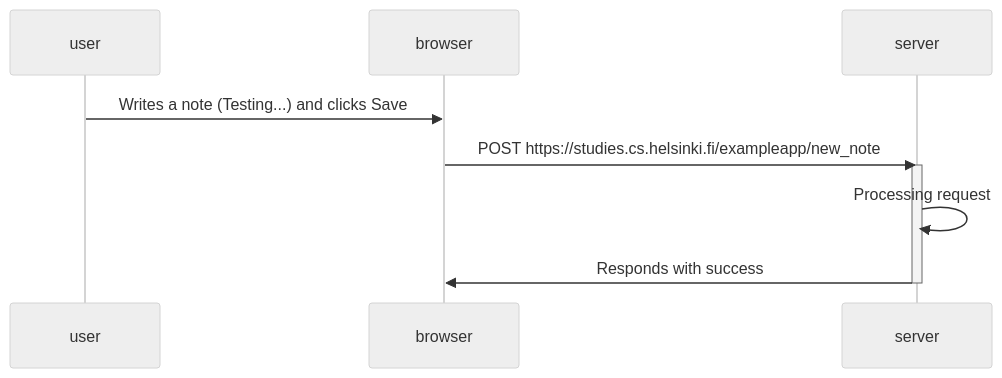
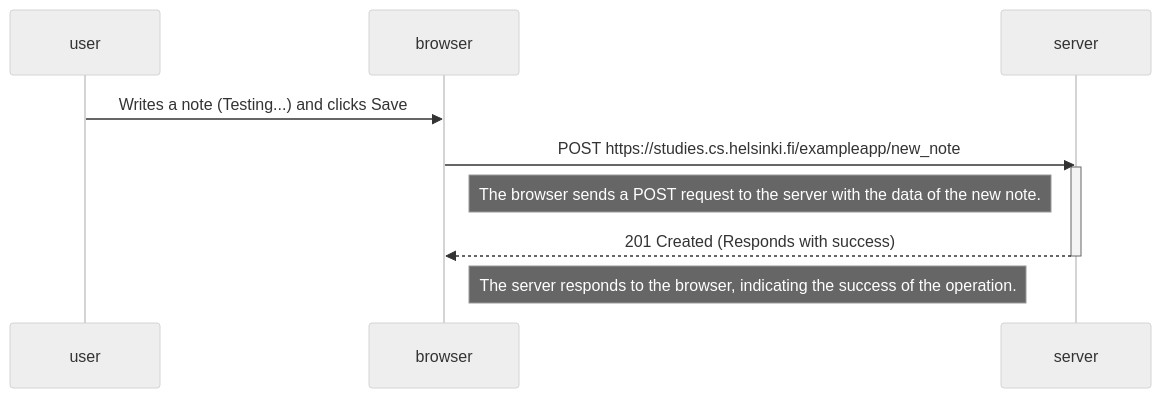
One commit to Zain-Bhatti/full-stack-2022 changed the diagram in part_0 _exercise_0.4.md. Above: the diagram before and after it, drawn with Mermaid (neutral theme).

Commit message:
Update part_0 _exercise_0.4.md
0.4: New note diagram

Create a similar diagram depicting the situation where the user creates a new note on the page https://studies.cs.helsinki.fi/exampleapp/notes by writing something into the text field and clicking the Save button.

````diff
--- a/part_0 _exercise_0.4.md
+++ b/part_0 _exercise_0.4.md
@@ -1,13 +1,18 @@
 ```mermaid
 sequenceDiagram
   participant user
   participant browser
   participant server
 
   user ->> browser: Writes a note (Testing...) and clicks Save
   browser ->> server: POST https://studies.cs.helsinki.fi/exampleapp/new_note
   activate server
-  server ->> server: Processing request
-  server ->> browser: Responds with success
+
+Note right of browser: The browser sends a POST request to the server with the data of the new note.
+
+  server -->> browser: 201 Created (Responds with success)
   deactivate server
+
+Note right of browser: The server responds to the browser, indicating the success of the operation.
+
 ```
````
